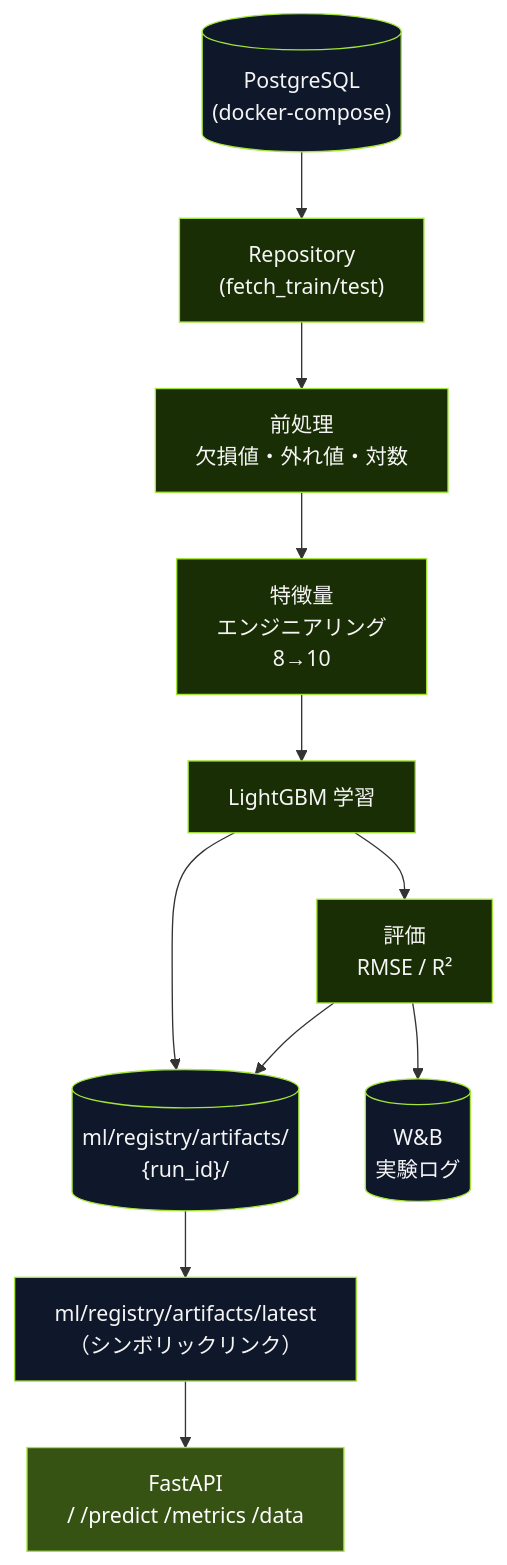
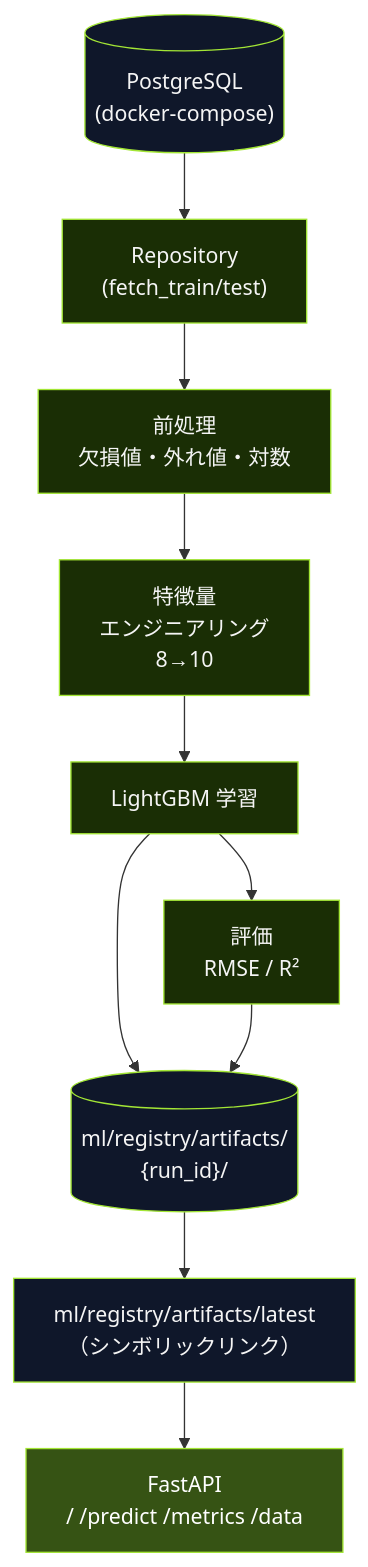
Before and after one commit to kurosawa-kuro/study-gcp-mlops: the second of 5 diagrams in 2/study-ml-app-pipeline/docs/教育資料/05_図解.md, drawn with Mermaid. The commit also changed other lines of this file and 129 other files, not shown here.

````diff
--- a/2/study-ml-app-pipeline/docs/教育資料/05_図解.md
+++ b/2/study-ml-app-pipeline/docs/教育資料/05_図解.md
@@ -37,27 +37,25 @@
 ```mermaid
 flowchart TB
     Data[("PostgreSQL<br/>(docker-compose)")]
     Repo["Repository<br/>(fetch_train/test)"]
     Pre["前処理<br/>欠損値・外れ値・対数"]
     FE["特徴量<br/>エンジニアリング<br/>8→10"]
     Train["LightGBM 学習"]
     Eval["評価<br/>RMSE / R²"]
     Models[("ml/registry/artifacts/<br/>{run_id}/")]
     Latest["ml/registry/artifacts/latest<br/>（シンボリックリンク）"]
     API["FastAPI<br/>/ /predict /metrics /data"]
-    WB[("W&B<br/>実験ログ")]
 
     Data --> Repo --> Pre --> FE --> Train --> Eval
     Train --> Models
     Models --> Latest
     Latest --> API
-    Eval --> WB
     Eval --> Models
 
     classDef storage fill:#0f172a,stroke:#a3e635,color:#f5f5f5
     classDef process fill:#1a2e05,stroke:#a3e635,color:#f5f5f5
     classDef serve fill:#365314,stroke:#a3e635,color:#ffffff
-    class Data,Models,Latest,WB storage
+    class Data,Models,Latest storage
     class Repo,Pre,FE,Train,Eval process
     class API serve
 ```
````
